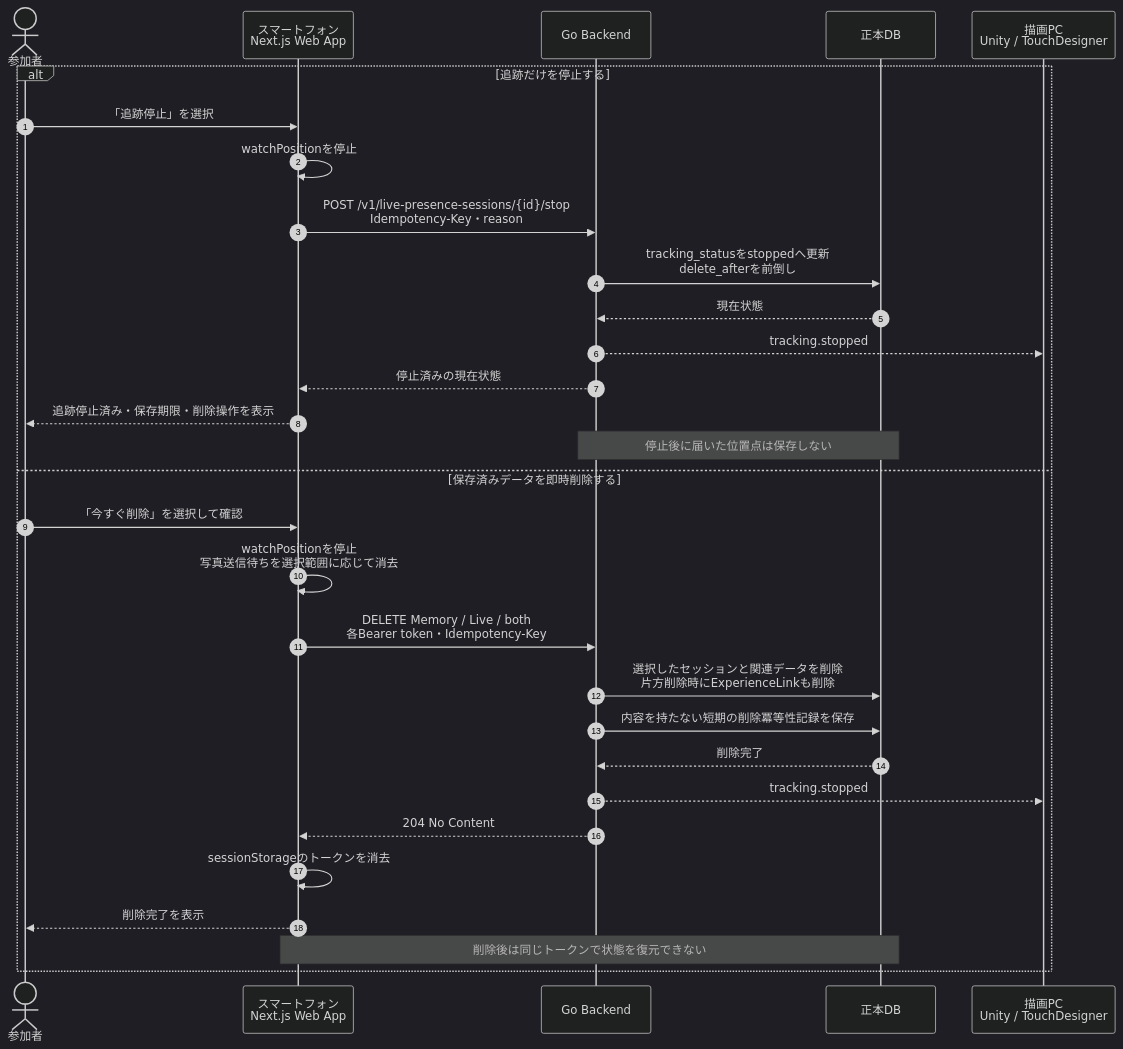
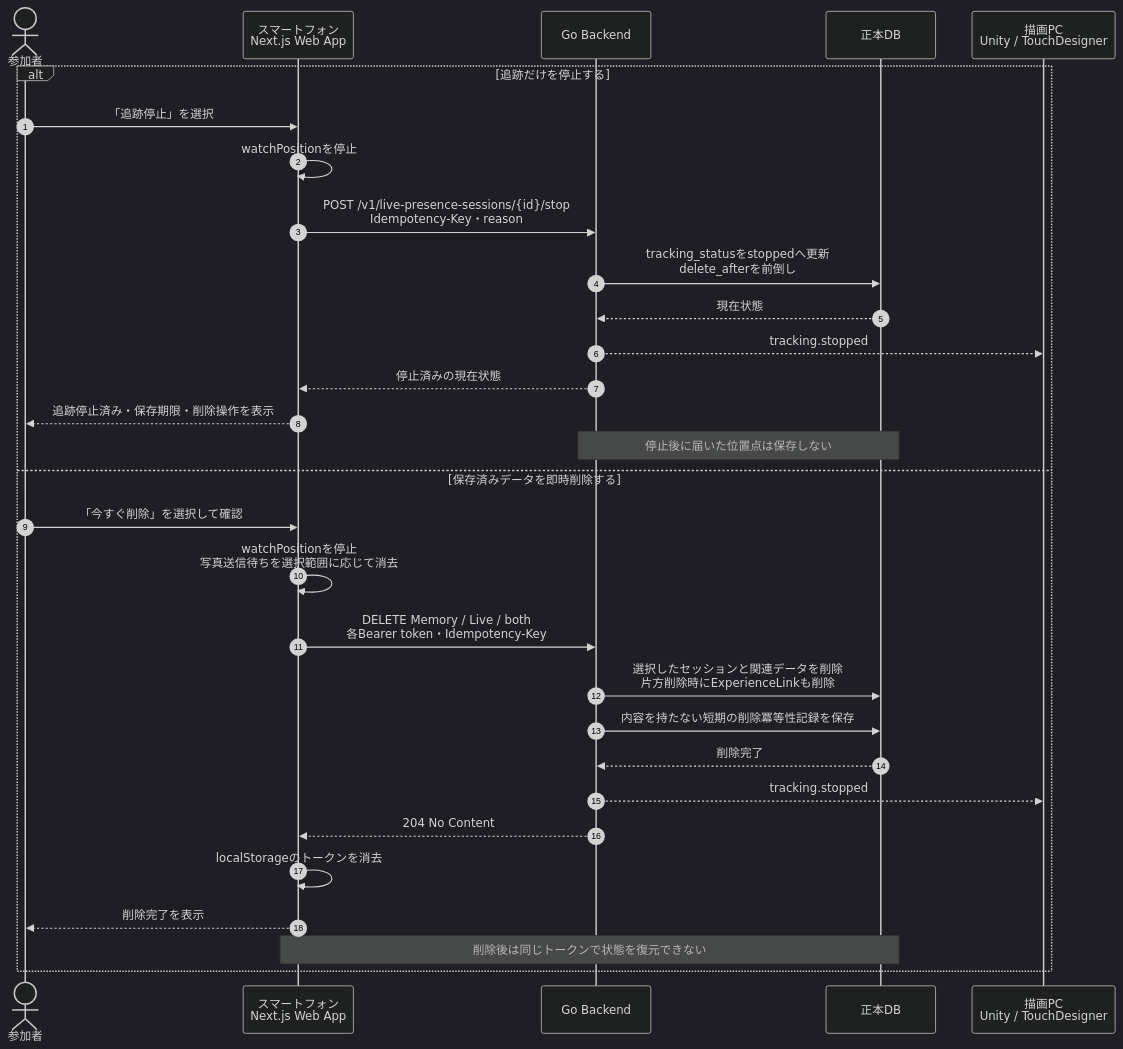
One commit to Mino829/trace-campus-installation changed the fifth of 6 diagrams in docs/uml-diagrams.md. Above: the diagram before and after it, drawn with Mermaid (dark theme). The commit also changed other lines of this file and 14 other files, not shown here.

````diff
--- a/docs/uml-diagrams.md
+++ b/docs/uml-diagrams.md
@@ -325,33 +320,33 @@
 ```mermaid
 sequenceDiagram
     autonumber
     actor User as 参加者
     participant Browser as スマートフォン<br/>Next.js Web App
     participant API as Go Backend
     participant DB as 正本DB
     participant Renderer as 描画PC<br/>Unity / TouchDesigner
 
     alt 追跡だけを停止する
         User->>Browser: 「追跡停止」を選択
         Browser->>Browser: watchPositionを停止
         Browser->>API: POST /v1/live-presence-sessions/{id}/stop<br/>Idempotency-Key・reason
         API->>DB: tracking_statusをstoppedへ更新<br/>delete_afterを前倒し
         DB-->>API: 現在状態
         API-->>Renderer: tracking.stopped
         API-->>Browser: 停止済みの現在状態
         Browser-->>User: 追跡停止済み・保存期限・削除操作を表示
         Note over API,DB: 停止後に届いた位置点は保存しない
     else 保存済みデータを即時削除する
         User->>Browser: 「今すぐ削除」を選択して確認
         Browser->>Browser: watchPositionを停止<br/>写真送信待ちを選択範囲に応じて消去
         Browser->>API: DELETE Memory / Live / both<br/>各Bearer token・Idempotency-Key
         API->>DB: 選択したセッションと関連データを削除<br/>片方削除時にExperienceLinkも削除
         API->>DB: 内容を持たない短期の削除冪等性記録を保存
         DB-->>API: 削除完了
         API-->>Renderer: tracking.stopped
         API-->>Browser: 204 No Content
-        Browser->>Browser: sessionStorageのトークンを消去
+        Browser->>Browser: localStorageのトークンを消去
         Browser-->>User: 削除完了を表示
         Note over Browser,DB: 削除後は同じトークンで状態を復元できない
     end
 ```
````
